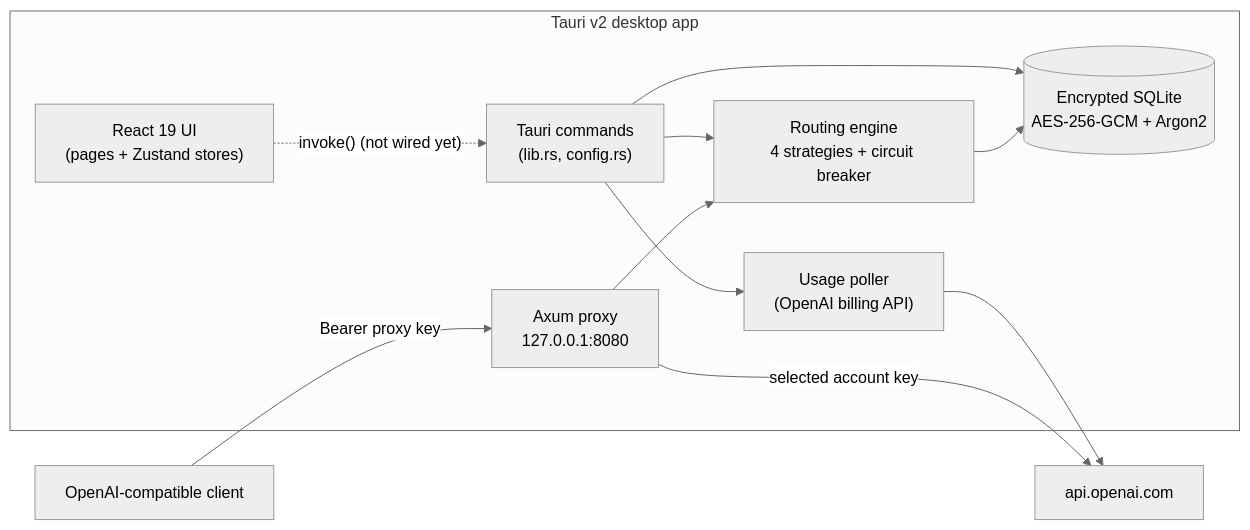
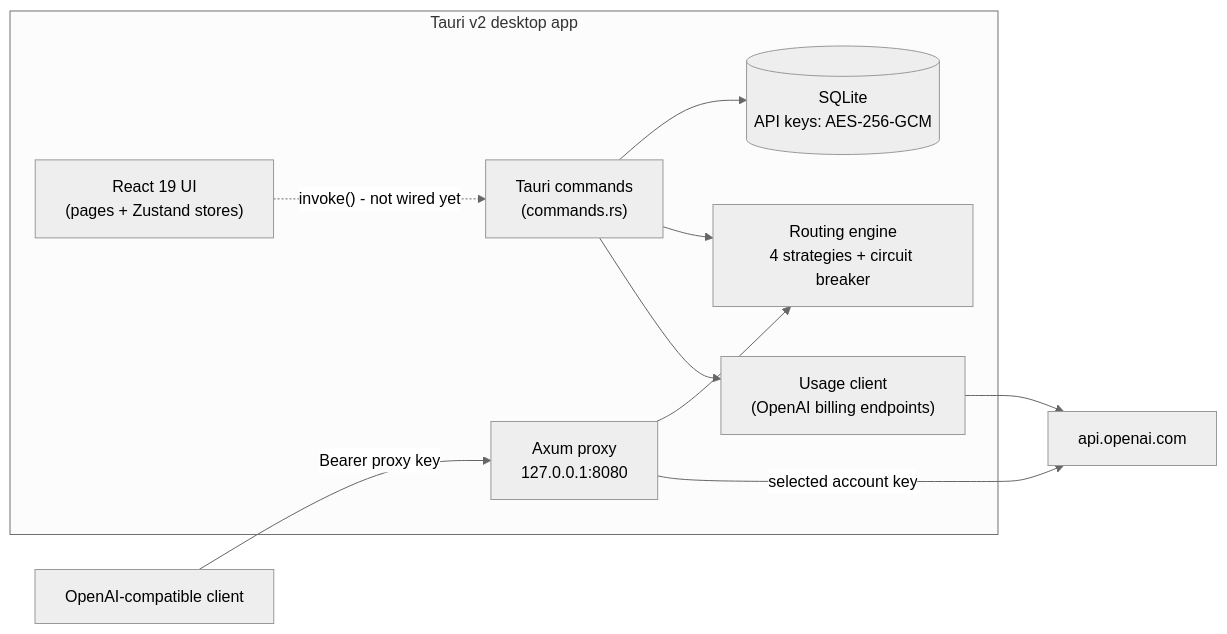
One commit to muhib-karim/codex-manager changed the diagram in README.md. Above: the diagram before and after it, drawn with Mermaid (neutral theme). The commit also changed other lines of this file and 75 other files, not shown here.

````diff
--- a/README.md
+++ b/README.md
@@ -86,20 +79,19 @@
 ```mermaid
 flowchart LR
     subgraph Desktop["Tauri v2 desktop app"]
         UI["React 19 UI<br/>(pages + Zustand stores)"]
-        CMD["Tauri commands<br/>(lib.rs, config.rs)"]
+        CMD["Tauri commands<br/>(commands.rs)"]
         RE["Routing engine<br/>4 strategies + circuit breaker"]
-        ST[("Encrypted SQLite<br/>AES-256-GCM + Argon2")]
-        UP["Usage poller<br/>(OpenAI billing API)"]
+        ST[("SQLite<br/>API keys: AES-256-GCM")]
+        US["Usage client<br/>(OpenAI billing endpoints)"]
         PX["Axum proxy<br/>127.0.0.1:8080"]
     end
     Client["OpenAI-compatible client"] -->|"Bearer proxy key"| PX
-    UI -. "invoke() (not wired yet)" .-> CMD
+    UI -. "invoke() - not wired yet" .-> CMD
     CMD --> ST
     CMD --> RE
-    CMD --> UP
+    CMD --> US
     PX --> RE
-    RE --> ST
-    UP --> OAI["api.openai.com"]
+    US --> OAI["api.openai.com"]
     PX -->|"selected account key"| OAI
 ```
````
